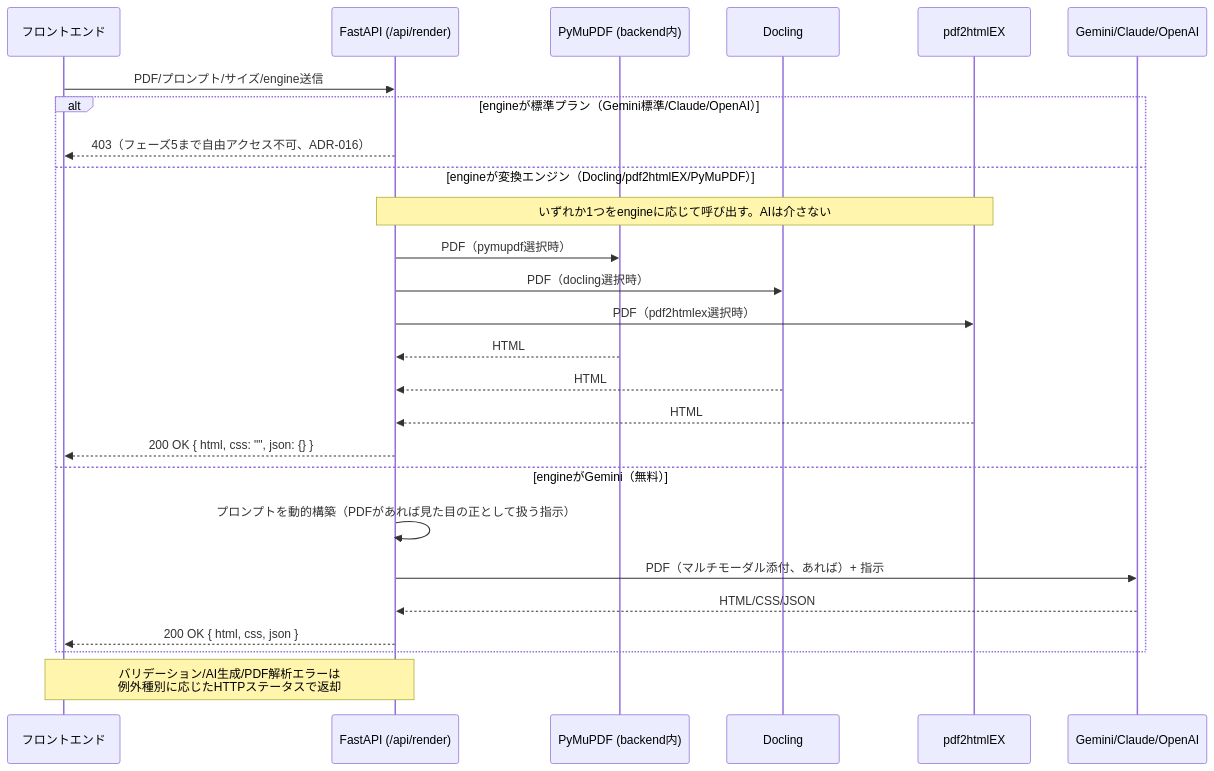
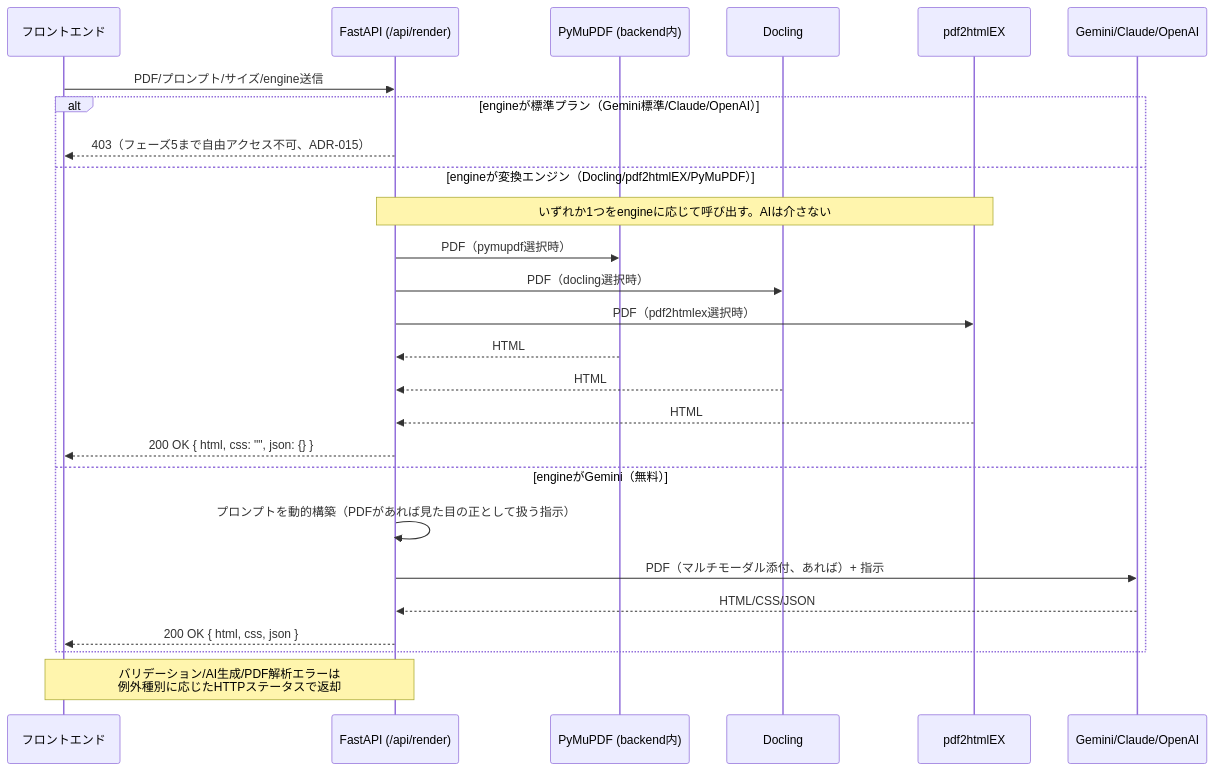
One commit to EisukeHishikawa/adapt-sheet changed the second of 4 diagrams in docs/architecture.md. Above: the diagram before and after it, drawn with Mermaid. The commit also changed other lines of this file and 57 other files, not shown here.

````diff
--- a/docs/architecture.md
+++ b/docs/architecture.md
@@ -50,29 +50,29 @@
 ```mermaid
 sequenceDiagram
     participant FE as フロントエンド
     participant API as FastAPI (/api/render)
     participant Layout as PyMuPDF (backend内)
     participant Docling as Docling
     participant Pdf2HtmlEx as pdf2htmlEX
     participant AI as Gemini/Claude/OpenAI
 
     FE->>API: PDF/プロンプト/サイズ/engine送信
     alt engineが標準プラン（Gemini標準/Claude/OpenAI）
-        API-->>FE: 403（フェーズ5まで自由アクセス不可、ADR-016）
+        API-->>FE: 403（フェーズ5まで自由アクセス不可、ADR-015）
     else engineが変換エンジン（Docling/pdf2htmlEX/PyMuPDF）
         Note over API,Pdf2HtmlEx: いずれか1つをengineに応じて呼び出す。AIは介さない
         API->>Layout: PDF（pymupdf選択時）
         API->>Docling: PDF（docling選択時）
         API->>Pdf2HtmlEx: PDF（pdf2htmlex選択時）
         Layout-->>API: HTML
         Docling-->>API: HTML
         Pdf2HtmlEx-->>API: HTML
         API-->>FE: 200 OK { html, css: "", json: {} }
     else engineがGemini（無料）
         API->>API: プロンプトを動的構築（PDFがあれば見た目の正として扱う指示）
         API->>AI: PDF（マルチモーダル添付、あれば）+ 指示
         AI-->>API: HTML/CSS/JSON
         API-->>FE: 200 OK { html, css, json }
     end
     Note over API,FE: バリデーション/AI生成/PDF解析エラーは<br/>例外種別に応じたHTTPステータスで返却
 ```
````
